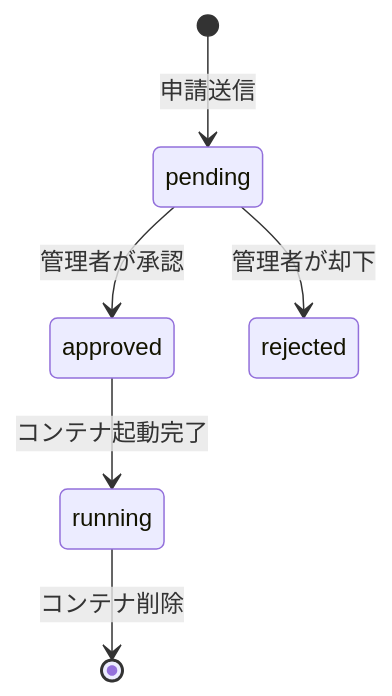
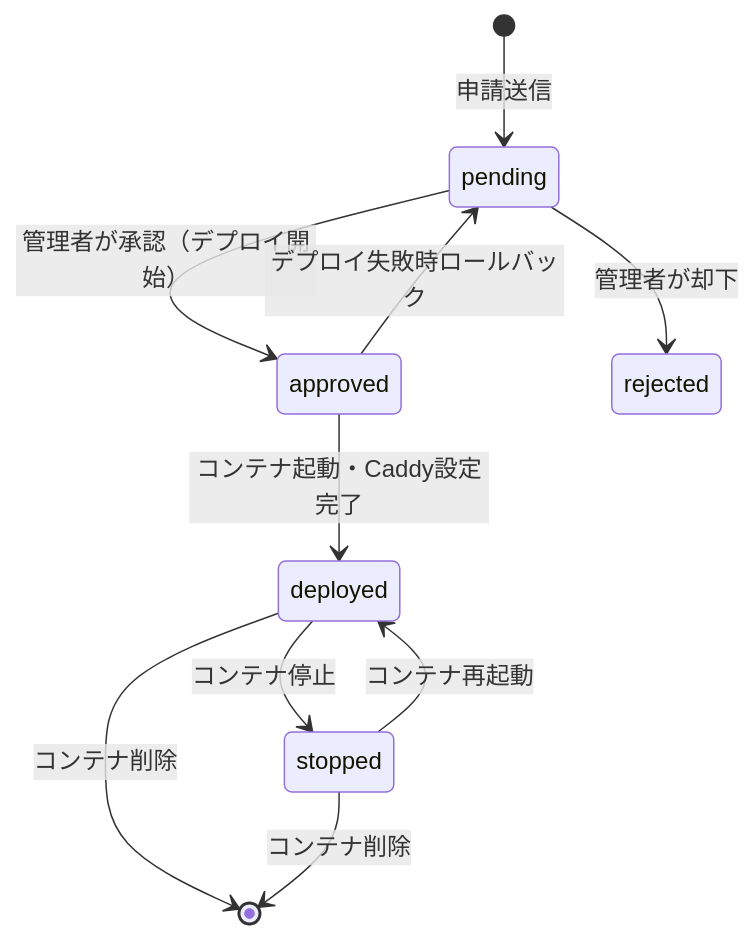
The second of 2 diagrams in docs/05_erd.md (Yanai1005/jyogiverse), drawn with Mermaid before and after one commit. The commit also changed other lines of this file and 8 other files, not shown here.

````diff
--- a/docs/05_erd.md
+++ b/docs/05_erd.md
@@ -194,8 +161,12 @@
 ```mermaid
 stateDiagram-v2
     [*] --> pending : 申請送信
-    pending --> approved : 管理者が承認
+    pending --> approved : 管理者が承認（デプロイ開始）
     pending --> rejected : 管理者が却下
-    approved --> running : コンテナ起動完了
-    running --> [*] : コンテナ削除
+    approved --> deployed : コンテナ起動・Caddy設定完了
+    approved --> pending : デプロイ失敗時ロールバック
+    deployed --> stopped : コンテナ停止
+    stopped --> deployed : コンテナ再起動
+    deployed --> [*] : コンテナ削除
+    stopped --> [*] : コンテナ削除
 ```
````
